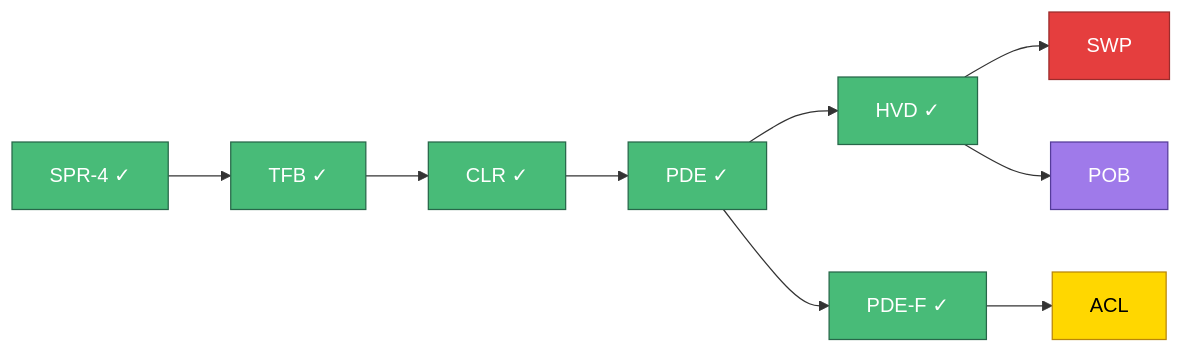
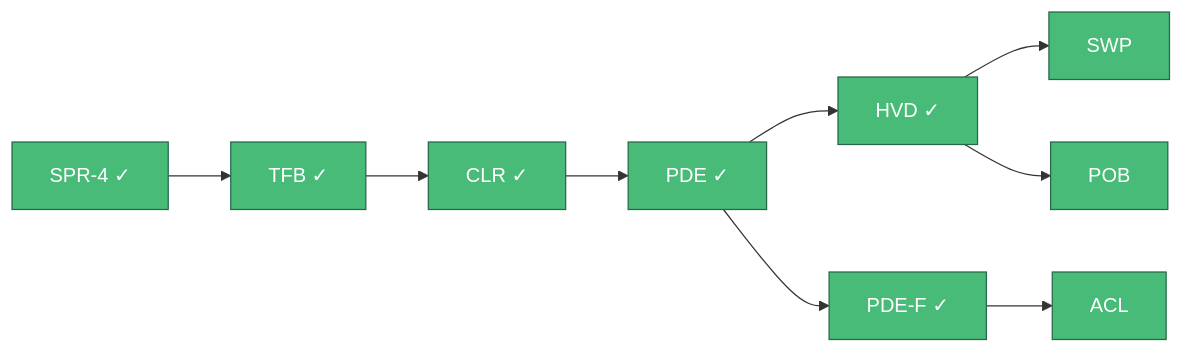
Diagram 15 of 15 in tasks/architecture-patterns-technical.md (fsocietydisobey/genesis), drawn with Mermaid before and after one commit. The commit also changed other lines of this file and 68 other files, not shown here.

````diff
--- a/tasks/architecture-patterns-technical.md
+++ b/tasks/architecture-patterns-technical.md
@@ -712,21 +712,21 @@
 ```mermaid
 flowchart LR
     A["SPR-4 ✓"] --> S["TFB ✓"]
     S --> O["CLR ✓"]
     O --> L["PDE ✓"]
     L --> M["HVD ✓"]
     L --> F["PDE-F ✓"]
     F --> ACL_D["ACL"]
     M --> SWP_D["SWP"]
     M --> POB_D["POB"]
 
     style A fill:#48bb78,stroke:#276749,color:#fff
     style S fill:#48bb78,stroke:#276749,color:#fff
     style O fill:#48bb78,stroke:#276749,color:#fff
     style L fill:#48bb78,stroke:#276749,color:#fff
     style M fill:#48bb78,stroke:#276749,color:#fff
     style F fill:#48bb78,stroke:#276749,color:#fff
-    style ACL_D fill:#ffd700,stroke:#b8860b,color:#000
-    style SWP_D fill:#e53e3e,stroke:#9b2c2c,color:#fff
-    style POB_D fill:#9f7aea,stroke:#553c9a,color:#fff
+    style ACL_D fill:#48bb78,stroke:#276749,color:#fff
+    style SWP_D fill:#48bb78,stroke:#276749,color:#fff
+    style POB_D fill:#48bb78,stroke:#276749,color:#fff
 ```
````
